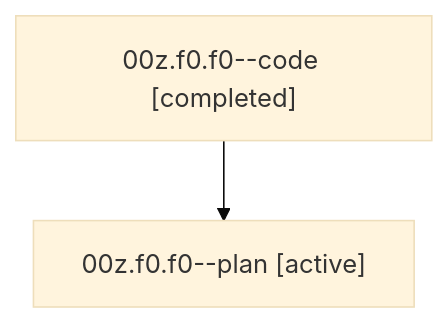
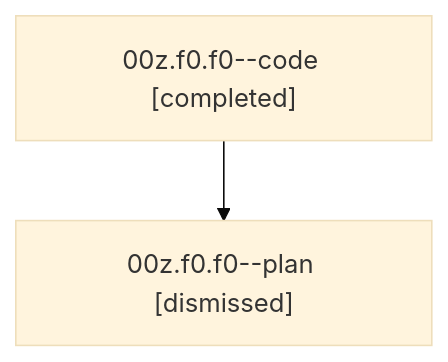
Before and after one commit to sase-org/sase--agents: the diagram in sessions/bbugyi200.athena.00z.f0.f0.md, drawn with Mermaid (base theme). The commit also changed other lines of this file and 31 other files, not shown here.

````diff
--- a/sessions/bbugyi200.athena.00z.f0.f0.md
+++ b/sessions/bbugyi200.athena.00z.f0.f0.md
@@ -9,6 +9,6 @@
 ```mermaid
 flowchart TD
   n0["00z.f0.f0--code [completed]"]
-  n1["00z.f0.f0--plan [active]"]
+  n1["00z.f0.f0--plan [dismissed]"]
   n0 --> n1
 ```
````
